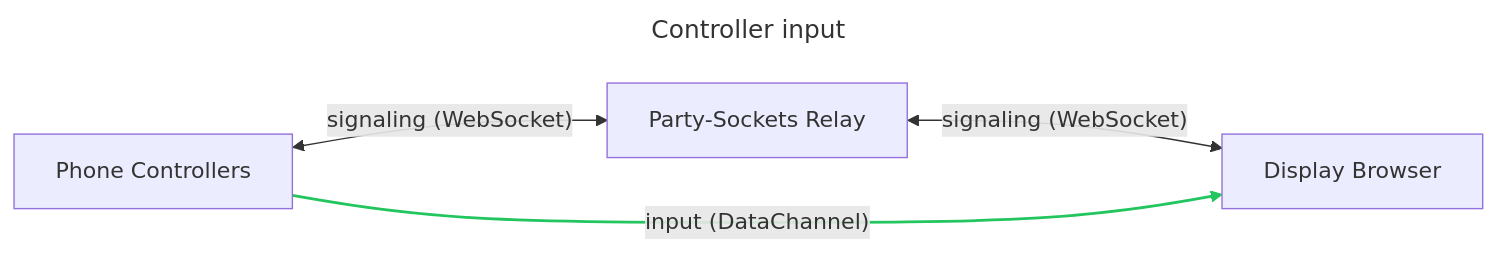
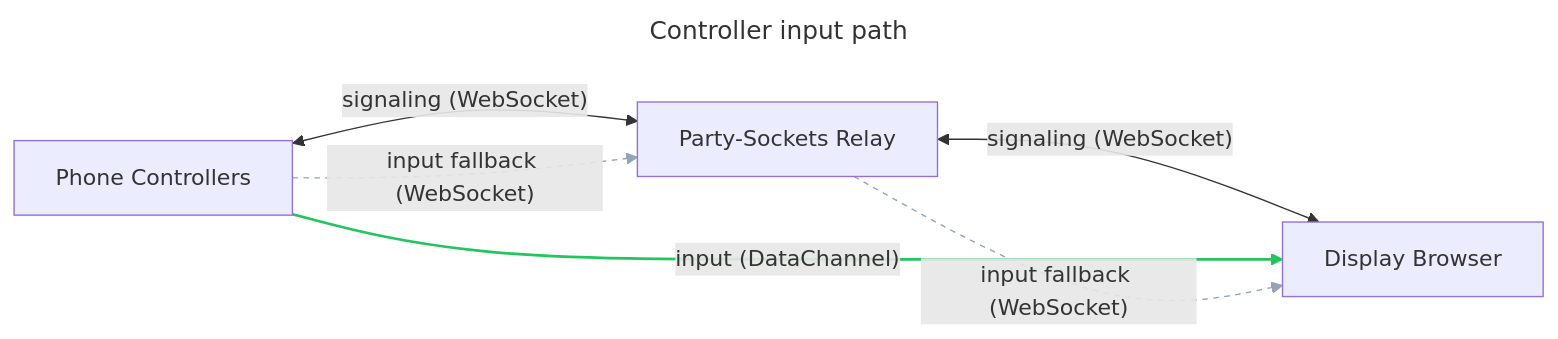
Before and after one commit to tim4724/HexStacker-Party: the first of 2 diagrams in README.md, drawn with Mermaid.

Commit message:
docs(readme): add input fallback edges and rename diagram title

````diff
--- a/README.md
+++ b/README.md
@@ -17,10 +17,14 @@
 ```mermaid
 ---
-title: Controller input
+title: Controller input path
 ---
 graph LR
     P[Phone Controllers] <-- "signaling (WebSocket)" --> R[Party-Sockets Relay]
     R <-- "signaling (WebSocket)" --> D[Display Browser]
     P -- "input (DataChannel)" --> D
+    P -- "input fallback (WebSocket)" --> R
+    R -- "input fallback (WebSocket)" --> D
     linkStyle 2 stroke:#22c55e,stroke-width:2px
+    linkStyle 3 stroke:#94a3b8,stroke-dasharray:4,stroke-width:1px
+    linkStyle 4 stroke:#94a3b8,stroke-dasharray:4,stroke-width:1px
 ```
````
